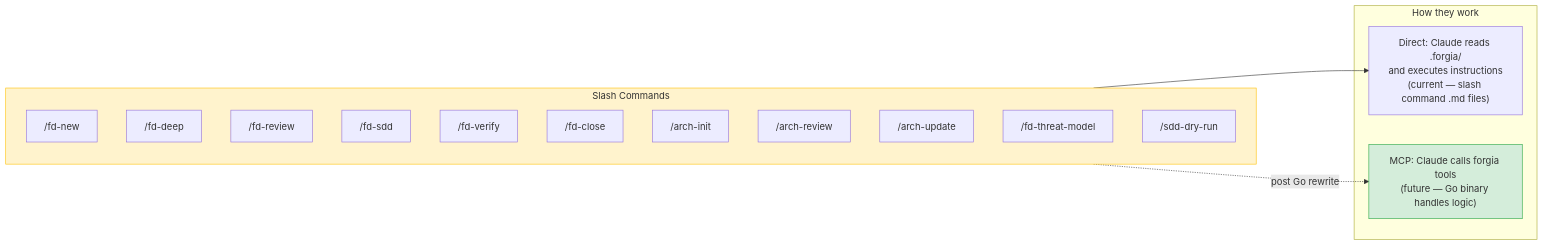
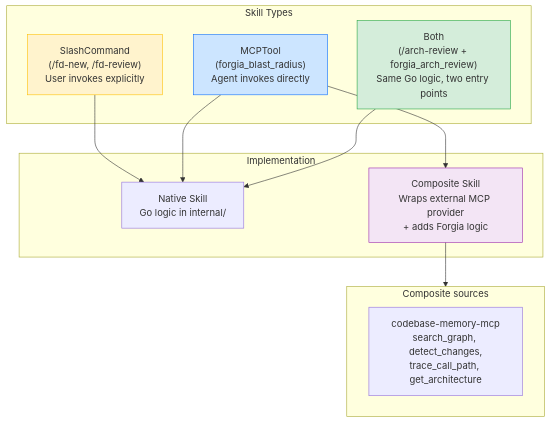
Before and after one commit to Forgia-Labs/forgia: diagram 14 of 16 in docs/functional-architecture.md, drawn with Mermaid. The commit also changed other lines of this file and 17 other files, not shown here.

````diff
--- a/docs/functional-architecture.md
+++ b/docs/functional-architecture.md
@@ -510,27 +682,29 @@
 ```mermaid
-flowchart LR
-    subgraph skills ["Slash Commands"]
-        FDNew["/fd-new"]
-        FDDeep["/fd-deep"]
-        FDReview["/fd-review"]
-        FDSDD["/fd-sdd"]
-        FDVerify["/fd-verify"]
-        FDClose["/fd-close"]
-        ArchInit["/arch-init"]
-        ArchReview["/arch-review"]
-        ArchUpdate["/arch-update"]
-        Threat["/fd-threat-model"]
-        DryRun["/sdd-dry-run"]
+flowchart TD
+    subgraph types ["Skill Types"]
+        SC["SlashCommand\n(/fd-new, /fd-review)\nUser invokes explicitly"]
+        MT["MCPTool\n(forgia_blast_radius)\nAgent invokes directly"]
+        Both["Both\n(/arch-review + forgia_arch_review)\nSame Go logic, two entry points"]
     end
 
-    subgraph modes ["How they work"]
-        Direct["Direct: Claude reads .forgia/\nand executes instructions\n(current — slash command .md files)"]
-        MCP_Mode["MCP: Claude calls forgia tools\n(future — Go binary handles logic)"]
+    subgraph impl ["Implementation"]
+        Native["Native Skill\nGo logic in internal/"]
+        Composite["Composite Skill\nWraps external MCP provider\n+ adds Forgia logic"]
     end
 
-    skills --> Direct
-    skills -.->|"post Go rewrite"| MCP_Mode
+    SC --> Native
+    MT --> Native
+    MT --> Composite
+    Both --> Native
 
-    style skills fill:#fff3cd,stroke:#ffc107
-    style MCP_Mode fill:#d4edda,stroke:#28a745
+    subgraph providers ["Composite sources"]
+        CM["codebase-memory-mcp\nsearch_graph, detect_changes,\ntrace_call_path, get_architecture"]
+    end
+
+    Composite --> providers
+
+    style SC fill:#fff3cd,stroke:#ffc107
+    style MT fill:#cce5ff,stroke:#0d6efd
+    style Both fill:#d4edda,stroke:#28a745
+    style Composite fill:#f3e5f5,stroke:#9c27b0
 ```
````
